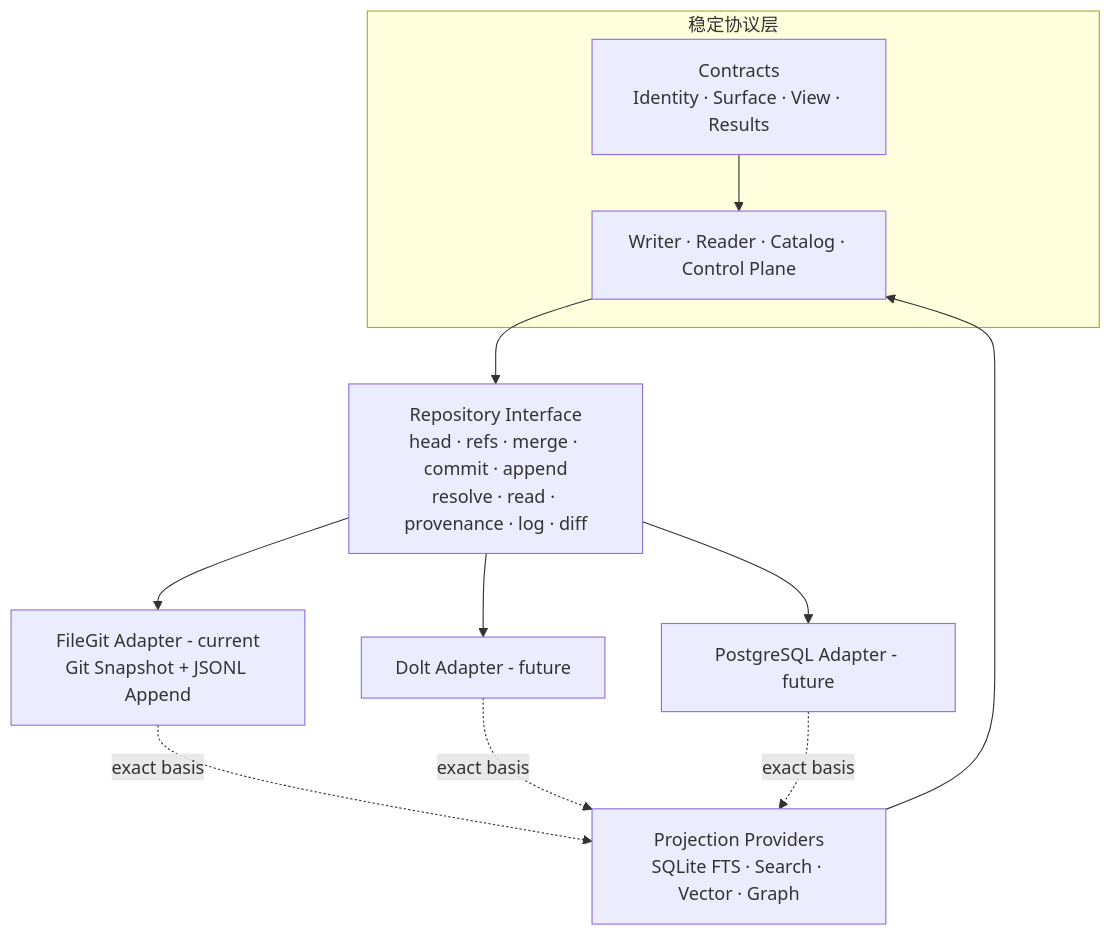
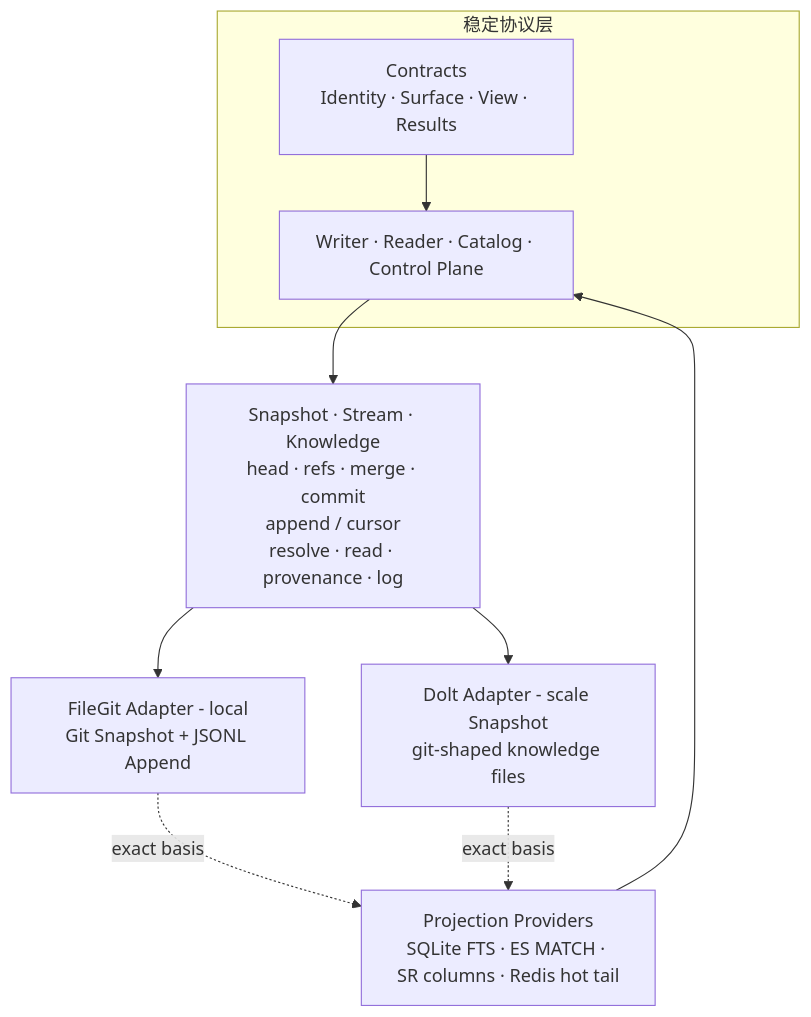
The fourth of 17 diagrams in docs/KNOWLEDGE_CATALOG_DESIGN.md (AlexKaiqi/knowledge-catalog), drawn with Mermaid before and after one commit. The commit also changed other lines of this file and 227 other files, not shown here.

````diff
--- a/docs/KNOWLEDGE_CATALOG_DESIGN.md
+++ b/docs/KNOWLEDGE_CATALOG_DESIGN.md
@@ -352,23 +378,26 @@
 ```mermaid
 %% diagram:protocol-adapter-boundary
 flowchart TB
   subgraph Protocol[稳定协议层]
     C[Contracts<br/>Identity · Surface · View · Results]
     API[Writer · Reader · Catalog · Control Plane]
   end
 
-  RI[Repository Interface<br/>head · refs · merge · commit · append<br/>resolve · read · provenance · log · diff]
-  FG[FileGit Adapter - current<br/>Git Snapshot + JSONL Append]
-  DO[Dolt Adapter - future]
-  DB[PostgreSQL Adapter - future]
-  PX[Projection Providers<br/>SQLite FTS · Search · Vector · Graph]
+  RI[Snapshot · Stream · Knowledge
+head · refs · merge · commit
+append / cursor
+resolve · read · provenance · log]
+  FG[FileGit Adapter - local
+Git Snapshot + JSONL Append]
+  DO[Dolt Adapter - scale Snapshot
+git-shaped knowledge files]
+  PX[Projection Providers
+SQLite FTS · ES MATCH · SR columns · Redis hot tail]
 
   C --> API --> RI
   RI --> FG
   RI --> DO
-  RI --> DB
   FG -. exact basis .-> PX
   DO -. exact basis .-> PX
-  DB -. exact basis .-> PX
   PX --> API
 ```
````
